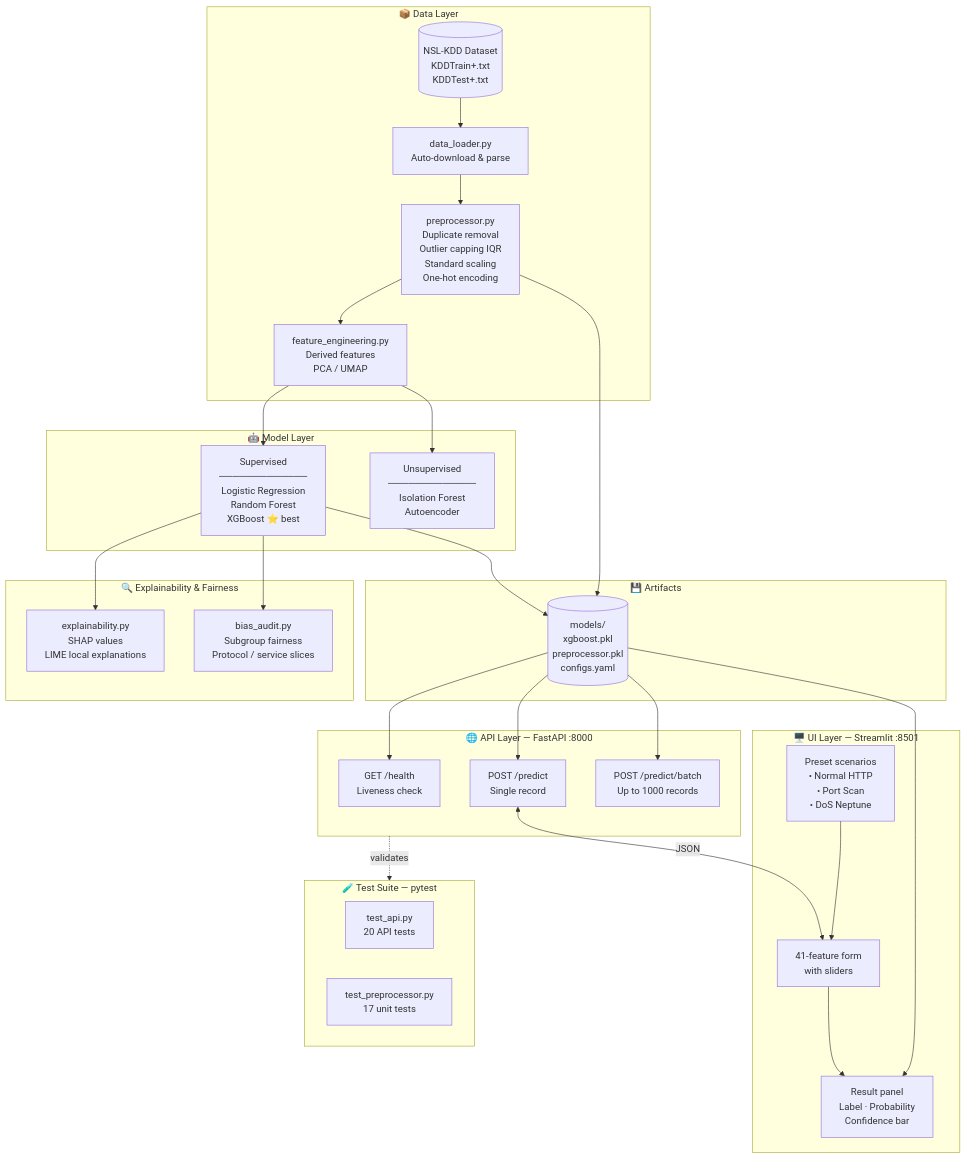
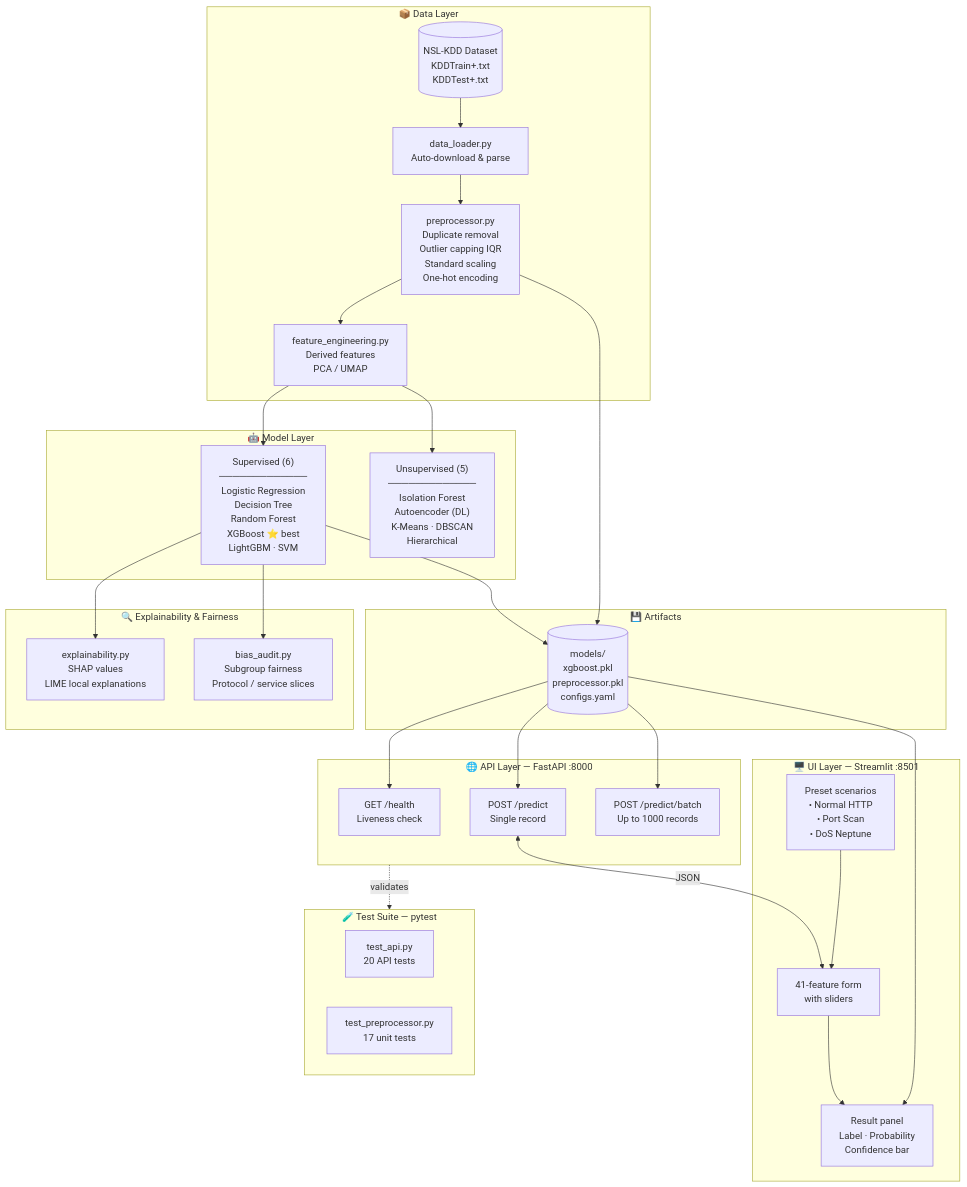
The diagram in README.md (kssanthoshkumar/capstone_project), drawn with Mermaid before and after one commit. The commit also changed other lines of this file, not shown here.

````diff
--- a/README.md
+++ b/README.md
@@ -33,53 +37,64 @@
 ```mermaid
 flowchart TD
     subgraph DATA["📦 Data Layer"]
         A[("NSL-KDD Dataset\nKDDTrain+.txt\nKDDTest+.txt")]
         B["data_loader.py\nAuto-download & parse"]
         C["preprocessor.py\nDuplicate removal\nOutlier capping IQR\nStandard scaling\nOne-hot encoding"]
         D["feature_engineering.py\nDerived features\nPCA / UMAP"]
         A --> B --> C --> D
     end
 
     subgraph MODELS["🤖 Model Layer"]
-        E["Supervised\n─────────────\nLogistic Regression\nRandom Forest\nXGBoost ⭐ best"]
-        F["Unsupervised\n─────────────\nIsolation Forest\nAutoencoder"]
+        E["Supervised (6)
+─────────────
+Logistic Regression
+Decision Tree
+Random Forest
+XGBoost ⭐ best
+LightGBM  ·  SVM"]
+        F["Unsupervised (5)
+─────────────
+Isolation Forest
+Autoencoder (DL)
+K-Means  ·  DBSCAN
+Hierarchical"]
         D --> E
         D --> F
     end
 
     subgraph EXPLAIN["🔍 Explainability & Fairness"]
         G["explainability.py\nSHAP values\nLIME local explanations"]
         H["bias_audit.py\nSubgroup fairness\nProtocol / service slices"]
         E --> G
         E --> H
     end
 
     subgraph PERSIST["💾 Artifacts"]
         I[("models/\nxgboost.pkl\npreprocessor.pkl\nconfigs.yaml")]
         E --> I
         C --> I
     end
 
     subgraph API["🌐 API Layer — FastAPI :8000"]
         J["GET /health\nLiveness check"]
         K["POST /predict\nSingle record"]
         L["POST /predict/batch\nUp to 1000 records"]
         I --> J & K & L
     end
 
     subgraph UI["🖥️ UI Layer — Streamlit :8501"]
         M["Preset scenarios\n• Normal HTTP\n• Port Scan\n• DoS Neptune"]
         N["41-feature form\nwith sliders"]
         O["Result panel\nLabel · Probability\nConfidence bar"]
         M --> N --> O
         I --> O
     end
 
     subgraph TESTS["🧪 Test Suite — pytest"]
         P["test_api.py\n20 API tests"]
         Q["test_preprocessor.py\n17 unit tests"]
     end
 
     K <-->|"JSON"| N
     API -.->|"validates"| TESTS
 ```
````
